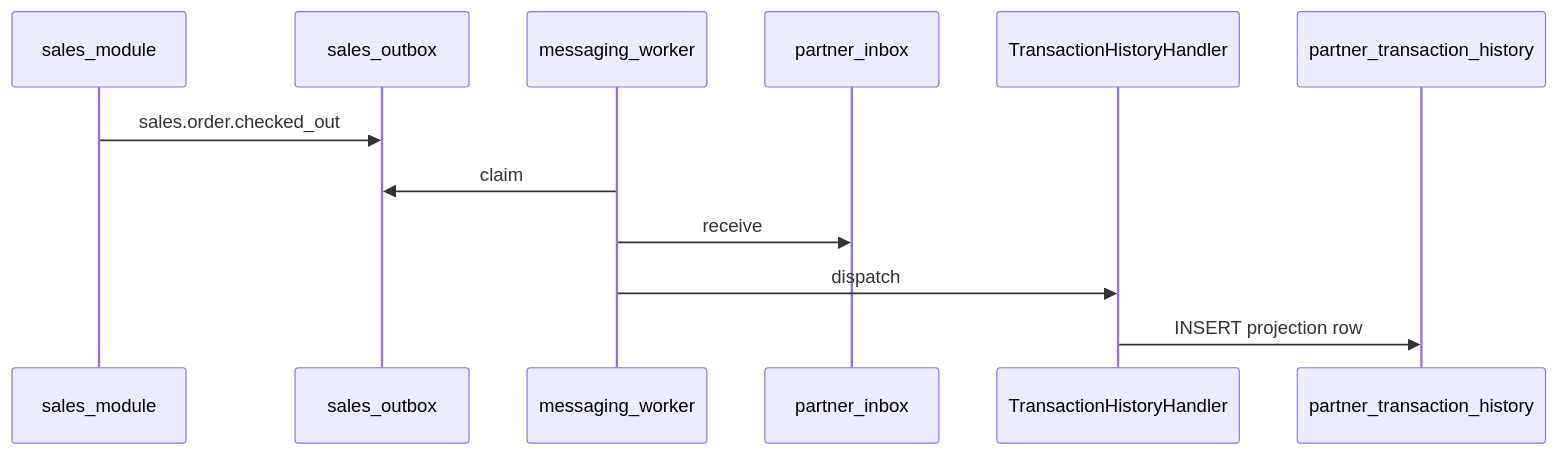
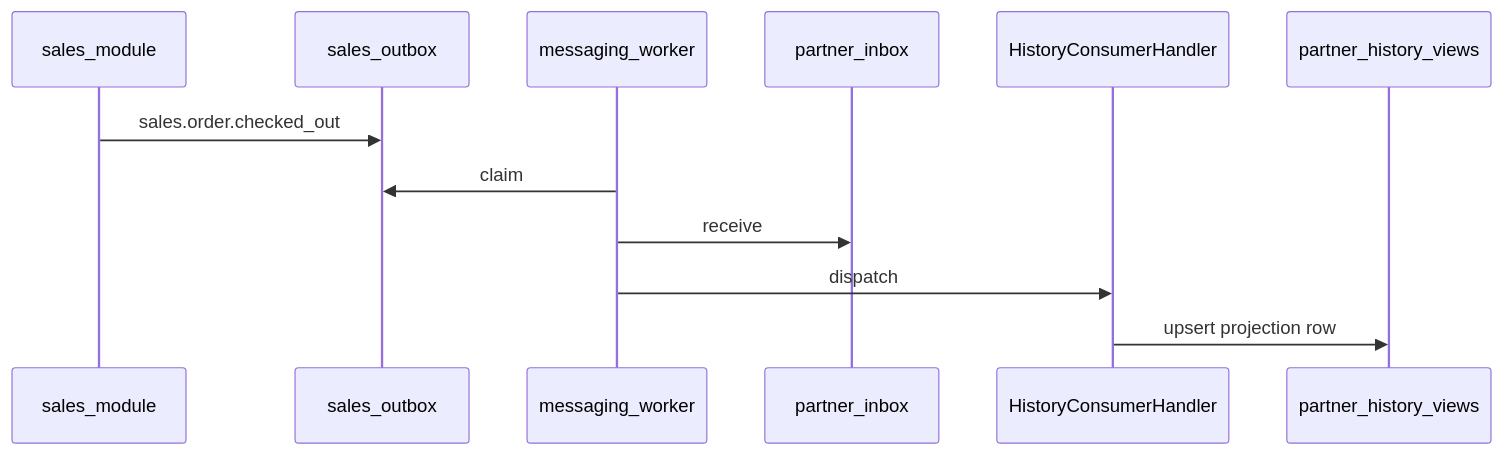
One commit to DsChien102/erp-sales-inventory changed the second of 2 diagrams in docs/themes/TH-03-partner/harness/03-architecture-and-flows.md. Above: the diagram before and after it, drawn with Mermaid. The commit also changed other lines of this file and 271 other files, not shown here.

````diff
--- a/docs/themes/TH-03-partner/harness/03-architecture-and-flows.md
+++ b/docs/themes/TH-03-partner/harness/03-architecture-and-flows.md
@@ -57,15 +88,15 @@
 ```mermaid
 sequenceDiagram
   participant Sales as sales_module
   participant OB as sales_outbox
   participant W as messaging_worker
   participant IB as partner_inbox
-  participant Proj as TransactionHistoryHandler
-  participant RM as partner_transaction_history
+  participant Proj as HistoryConsumerHandler
+  participant RM as partner_history_views
 
   Sales->>OB: sales.order.checked_out
   W->>OB: claim
   W->>IB: receive
   W->>Proj: dispatch
-  Proj->>RM: INSERT projection row
+  Proj->>RM: upsert projection row
 ```
````
